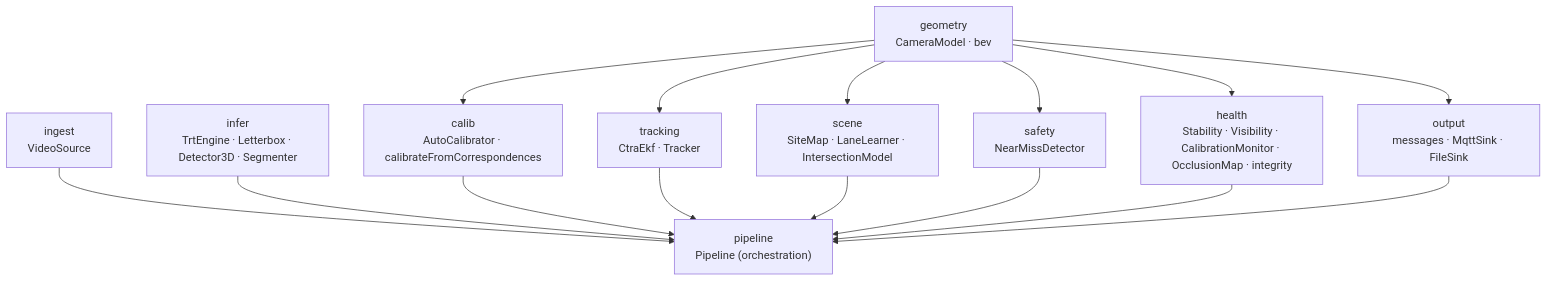
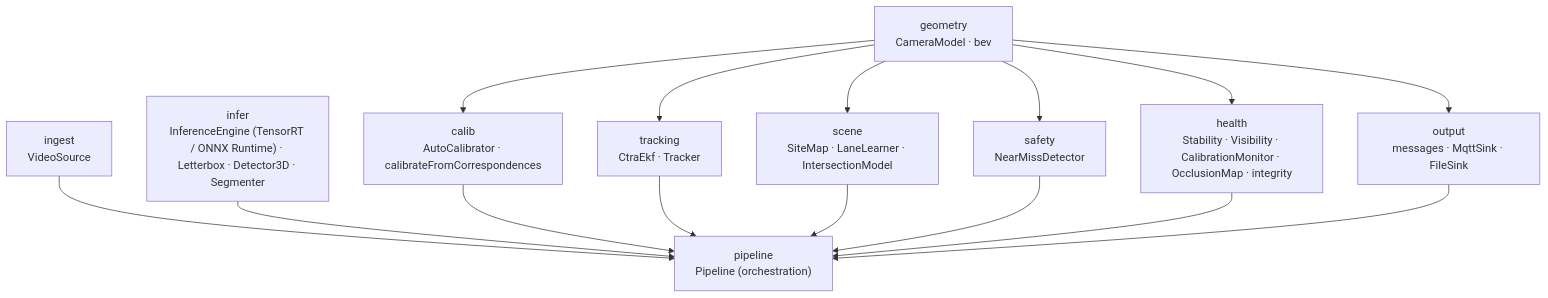
One commit to moavazpour/JunctionPerception changed the second of 4 diagrams in docs/CODE_ARCHITECTURE.md. Above: the diagram before and after it, drawn with Mermaid. The commit also changed other lines of this file and 78 other files, not shown here.

````diff
--- a/docs/CODE_ARCHITECTURE.md
+++ b/docs/CODE_ARCHITECTURE.md
@@ -94,13 +94,13 @@
 ```mermaid
 flowchart TB
   ingest["ingest<br/>VideoSource"] --> pipeline
-  infer["infer<br/>TrtEngine · Letterbox · Detector3D · Segmenter"] --> pipeline
+  infer["infer<br/>InferenceEngine (TensorRT / ONNX Runtime) · Letterbox · Detector3D · Segmenter"] --> pipeline
   geometry["geometry<br/>CameraModel · bev"] --> calib & tracking & scene & safety & health & output
   calib["calib<br/>AutoCalibrator · calibrateFromCorrespondences"] --> pipeline
   tracking["tracking<br/>CtraEkf · Tracker"] --> pipeline
   scene["scene<br/>SiteMap · LaneLearner · IntersectionModel"] --> pipeline
   safety["safety<br/>NearMissDetector"] --> pipeline
   health["health<br/>Stability · Visibility · CalibrationMonitor · OcclusionMap · integrity"] --> pipeline
   output["output<br/>messages · MqttSink · FileSink"] --> pipeline
   pipeline["pipeline<br/>Pipeline (orchestration)"]
 ```
````
